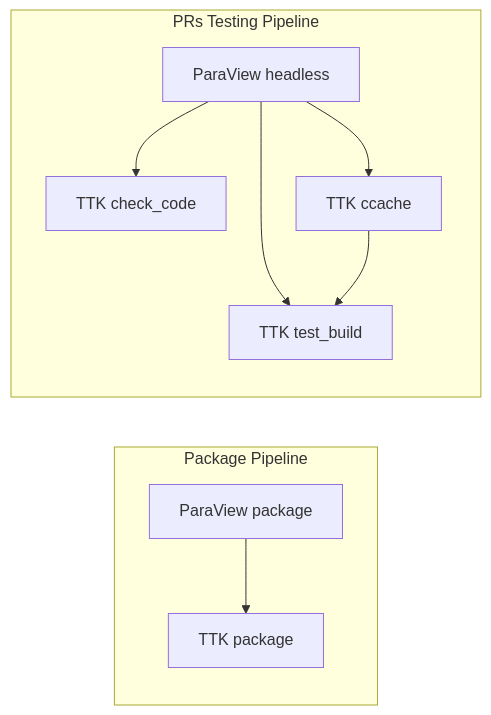
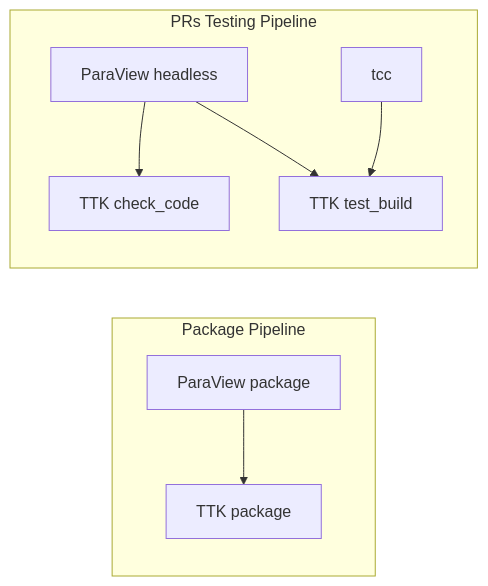
One commit to topology-tool-kit/ttk changed the first of 6 diagrams in .github/workflows/README.md. Above: the diagram before and after it, drawn with Mermaid. The commit also changed other lines of this file and 1 other file, not shown here.

Commit message:
[GHActions] Remove ccache workflow file

````diff
--- a/.github/workflows/README.md
+++ b/.github/workflows/README.md
@@ -80,18 +70,16 @@
 ```mermaid
 graph LR
     subgraph Package Pipeline
         pp[ParaView package]
         tp[TTK package]
         pp --> tp
     end
     subgraph PRs Testing Pipeline
         ph[ParaView headless]
         tch[TTK check_code]
-        tcc[TTK ccache]
         tt[TTK test_build]
         ph --> tch
-        ph --> tcc
         ph --> tt
         tcc --> tt
     end
 ```
````
